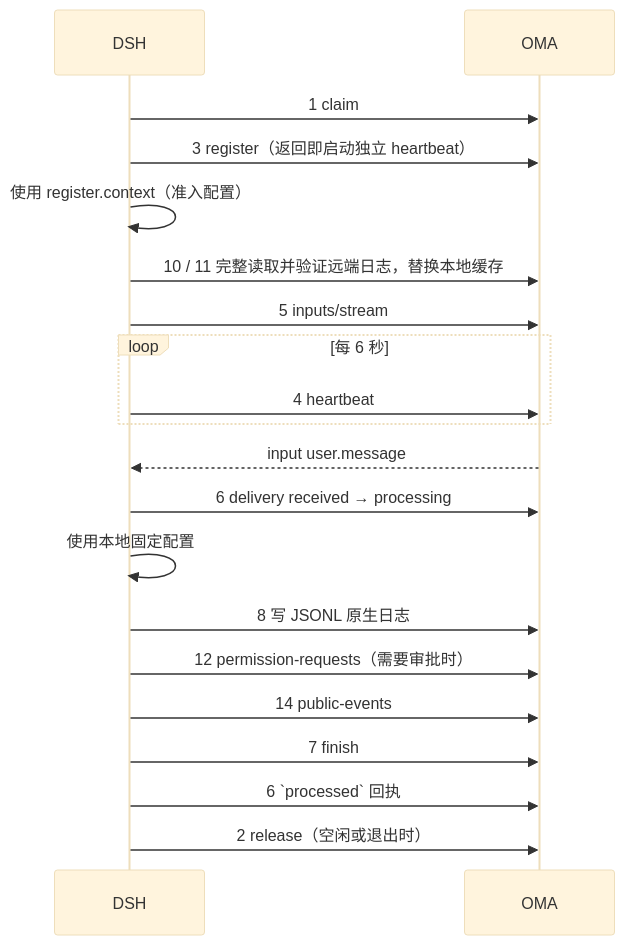
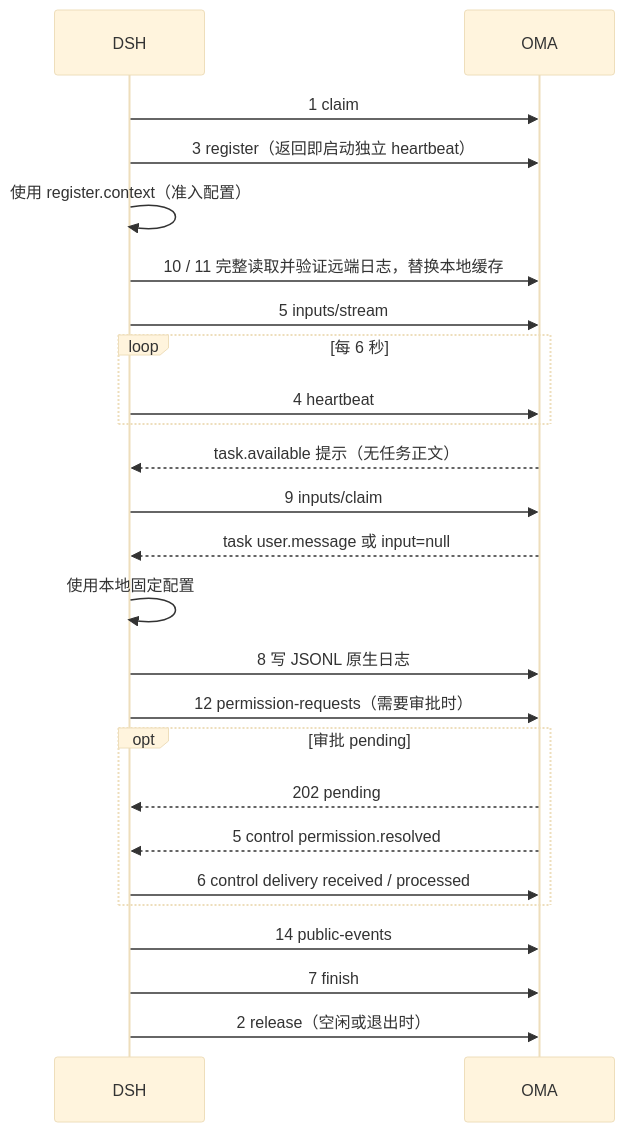
The diagram in docs/design/be/dsrv1/api-reference.md (superduck-ai/open-managed-agents), drawn with Mermaid (base theme) before and after one commit. The commit also changed other lines of this file and 48 other files, not shown here.

````diff
--- a/docs/design/be/dsrv1/api-reference.md
+++ b/docs/design/be/dsrv1/api-reference.md
@@ -31,22 +32,27 @@
 ```mermaid
 sequenceDiagram
     participant D as DSH
     participant A as OMA
     D->>A: 1 claim
     D->>A: 3 register（返回即启动独立 heartbeat）
     D->>D: 使用 register.context（准入配置）
     D->>A: 10 / 11 完整读取并验证远端日志，替换本地缓存
     D->>A: 5 inputs/stream
     loop 每 6 秒
         D->>A: 4 heartbeat
     end
-    A-->>D: input user.message
-    D->>A: 6 delivery received → processing
+    A-->>D: task.available 提示（无任务正文）
+    D->>A: 9 inputs/claim
+    A-->>D: task user.message 或 input=null
     D->>D: 使用本地固定配置
     D->>A: 8 写 JSONL 原生日志
     D->>A: 12 permission-requests（需要审批时）
+    opt 审批 pending
+        A-->>D: 202 pending
+        A-->>D: 5 control permission.resolved
+        D->>A: 6 control delivery received / processed
+    end
     D->>A: 14 public-events
     D->>A: 7 finish
-    D->>A: 6 `processed` 回执
     D->>A: 2 release（空闲或退出时）
 ```
````
